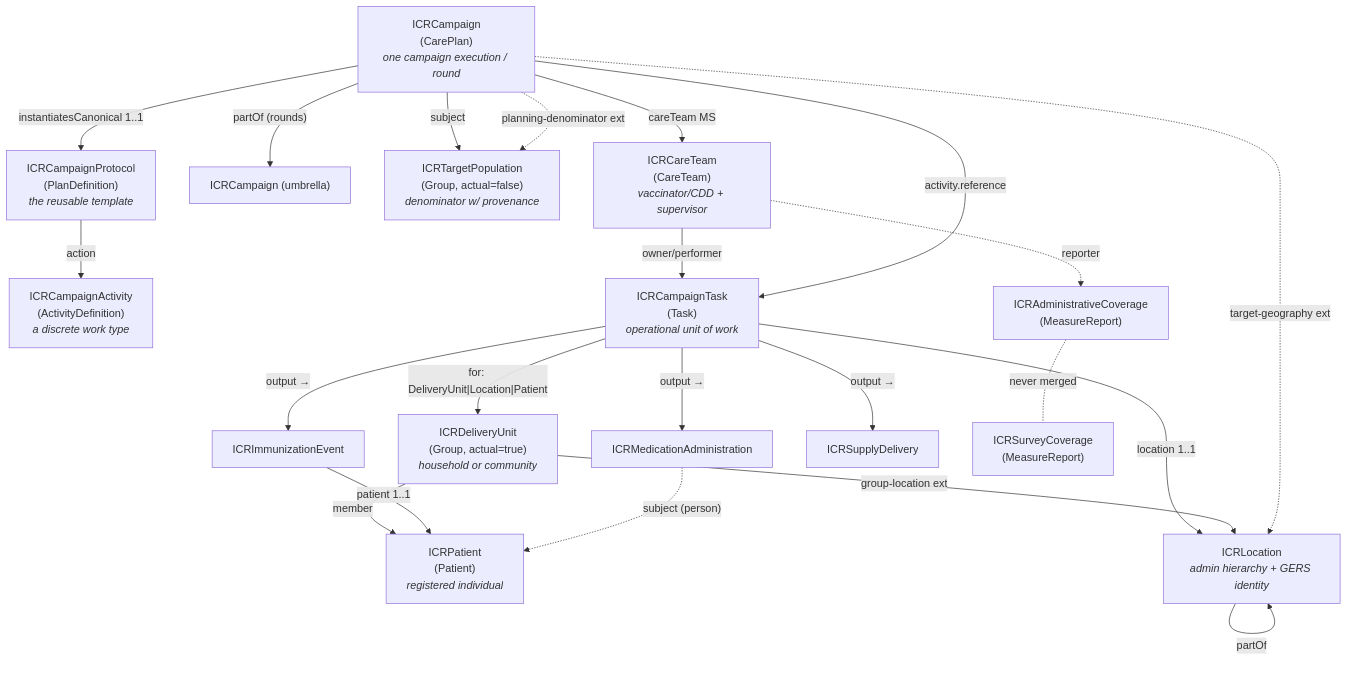
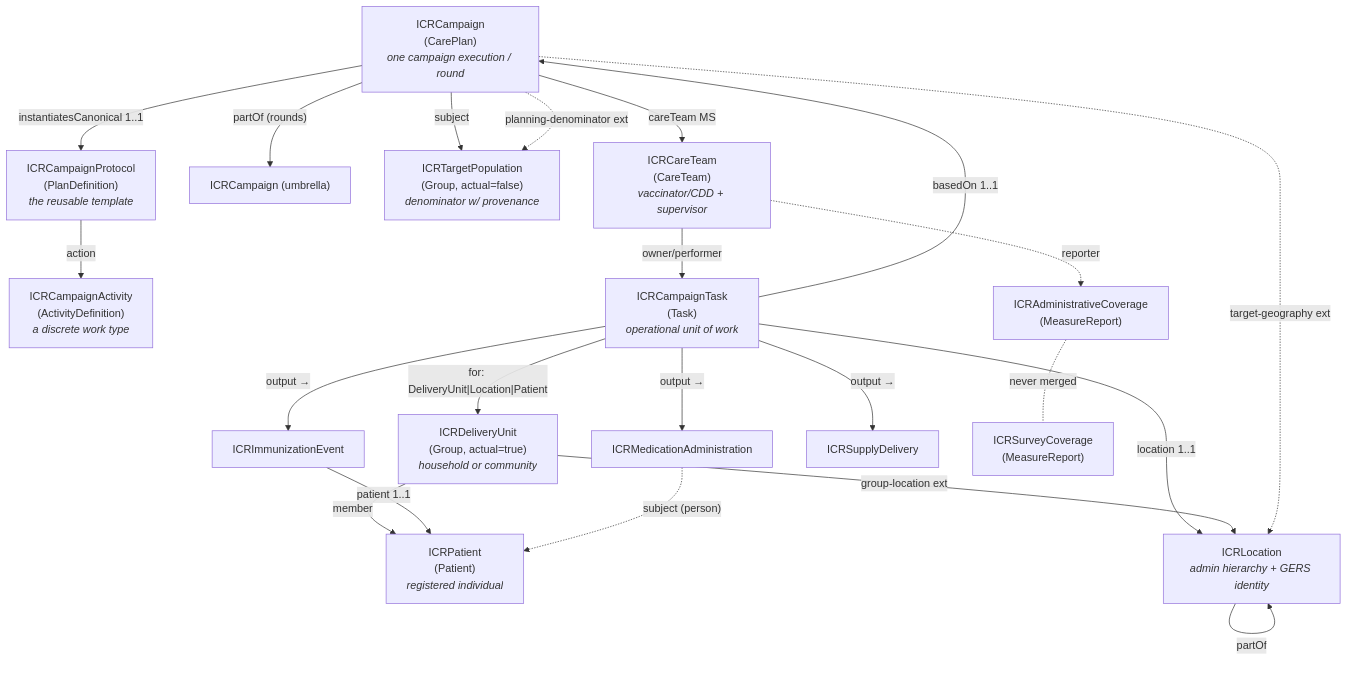
The first of 4 diagrams in project/ig-summary.md (recodelabs/icr), drawn with Mermaid before and after one commit. The commit also changed other lines of this file and 5 other files, not shown here.

First line of the commit message:
Task reference roles: target on for, campaign link on basedOn

````diff
--- a/project/ig-summary.md
+++ b/project/ig-summary.md
@@ -194,40 +196,40 @@
 ```mermaid
 graph TD
     PD["ICRCampaignProtocol<br/>(PlanDefinition)<br/><i>the reusable template</i>"]
     AD["ICRCampaignActivity<br/>(ActivityDefinition)<br/><i>a discrete work type</i>"]
     CP["ICRCampaign<br/>(CarePlan)<br/><i>one campaign execution / round</i>"]
     CPU["ICRCampaign (umbrella)"]
     T["ICRCampaignTask<br/>(Task)<br/><i>operational unit of work</i>"]
     TP["ICRTargetPopulation<br/>(Group, actual=false)<br/><i>denominator w/ provenance</i>"]
     HH["ICRDeliveryUnit<br/>(Group, actual=true)<br/><i>household or community</i>"]
     PT["ICRPatient<br/>(Patient)<br/><i>registered individual</i>"]
     L["ICRLocation<br/><i>admin hierarchy + GERS identity</i>"]
     IMM["ICRImmunizationEvent"]
     MED["ICRMedicationAdministration"]
     SUP["ICRSupplyDelivery"]
     AC["ICRAdministrativeCoverage<br/>(MeasureReport)"]
     SC["ICRSurveyCoverage<br/>(MeasureReport)"]
     CT["ICRCareTeam<br/>(CareTeam)<br/><i>vaccinator/CDD + supervisor</i>"]
 
     PD -- "action" --> AD
     CP -- "instantiatesCanonical 1..1" --> PD
     CP -- "partOf (rounds)" --> CPU
     CP -- "subject" --> TP
     CP -- "careTeam MS" --> CT
     CT -- "owner/performer" --> T
     CT -. "reporter" .-> AC
-    CP -- "activity.reference" --> T
+    T -- "basedOn 1..1" --> CP
     T -- "for: DeliveryUnit|Location|Patient" --> HH
     T -- "location 1..1" --> L
     T -- "output →" --> IMM
     T -- "output →" --> MED
     T -- "output →" --> SUP
     HH -- "member" --> PT
     IMM -- "patient 1..1" --> PT
     MED -. "subject (person)" .-> PT
     HH -- "group-location ext" --> L
     L -- "partOf" --> L
     CP -. "planning-denominator ext" .-> TP
     CP -. "target-geography ext" .-> L
     AC -. "never merged" .- SC
 ```
````
